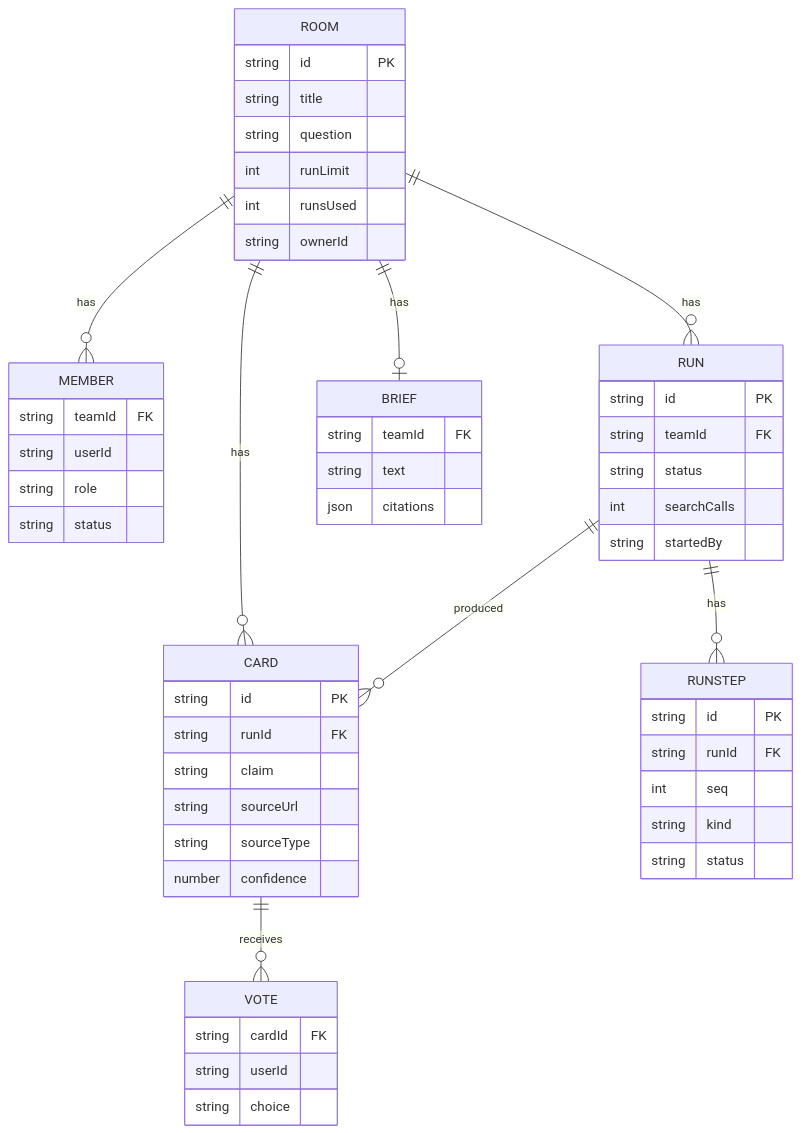
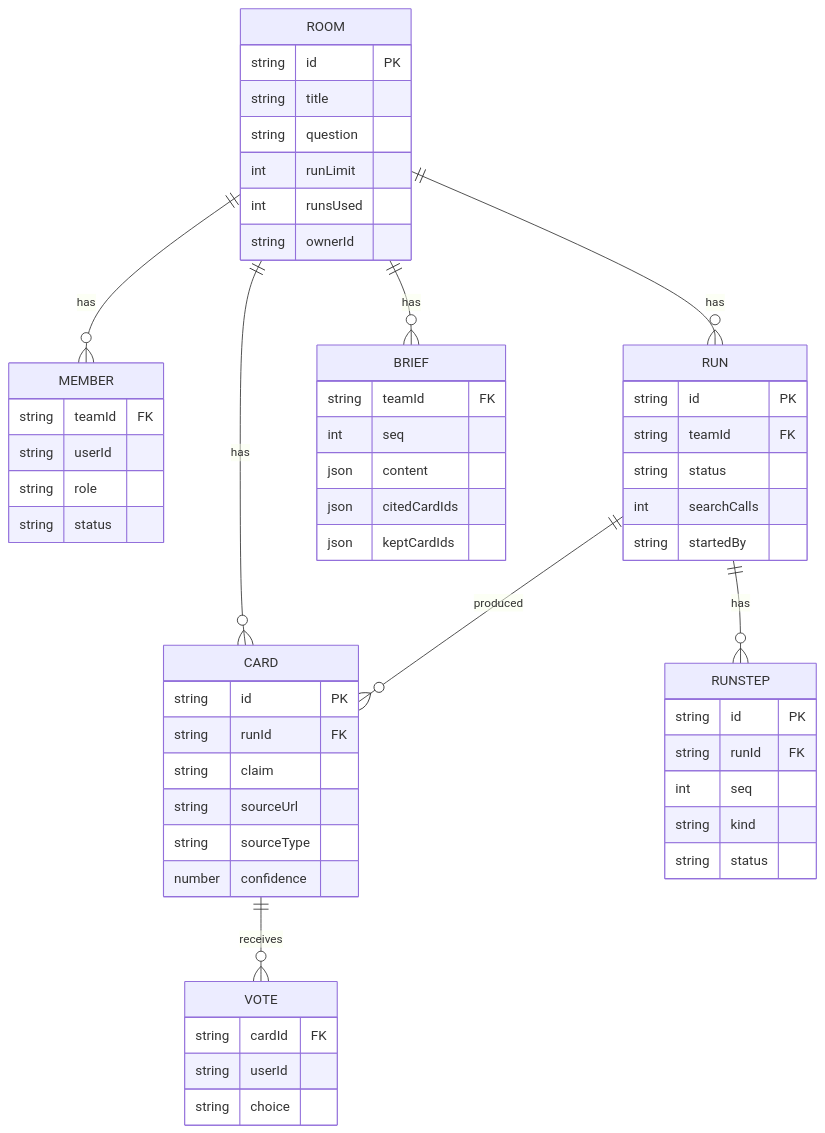
One commit to sanjurevanthar/scoutroom changed the diagram in docs/design/06-data-model.md. Above: the diagram before and after it, drawn with Mermaid. The commit also changed other lines of this file and 8 other files, not shown here.

````diff
--- a/docs/design/06-data-model.md
+++ b/docs/design/06-data-model.md
@@ -7,56 +7,58 @@
 ```mermaid
 erDiagram
   ROOM ||--o{ MEMBER : has
   ROOM ||--o{ RUN : has
   ROOM ||--o{ CARD : has
-  ROOM ||--o| BRIEF : has
+  ROOM ||--o{ BRIEF : has
   RUN  ||--o{ RUNSTEP : has
   RUN  ||--o{ CARD : produced
   CARD ||--o{ VOTE : receives
   ROOM {
     string id PK
     string title
     string question
     int runLimit
     int runsUsed
     string ownerId
   }
   MEMBER {
     string teamId FK
     string userId
     string role
     string status
   }
   RUN {
     string id PK
     string teamId FK
     string status
     int searchCalls
     string startedBy
   }
   RUNSTEP {
     string id PK
     string runId FK
     int seq
     string kind
     string status
   }
   CARD {
     string id PK
     string runId FK
     string claim
     string sourceUrl
     string sourceType
     number confidence
   }
   VOTE {
     string cardId FK
     string userId
     string choice
   }
   BRIEF {
     string teamId FK
-    string text
-    json citations
+    int seq
+    json content
+    json citedCardIds
+    json keptCardIds
   }
 ```
````
